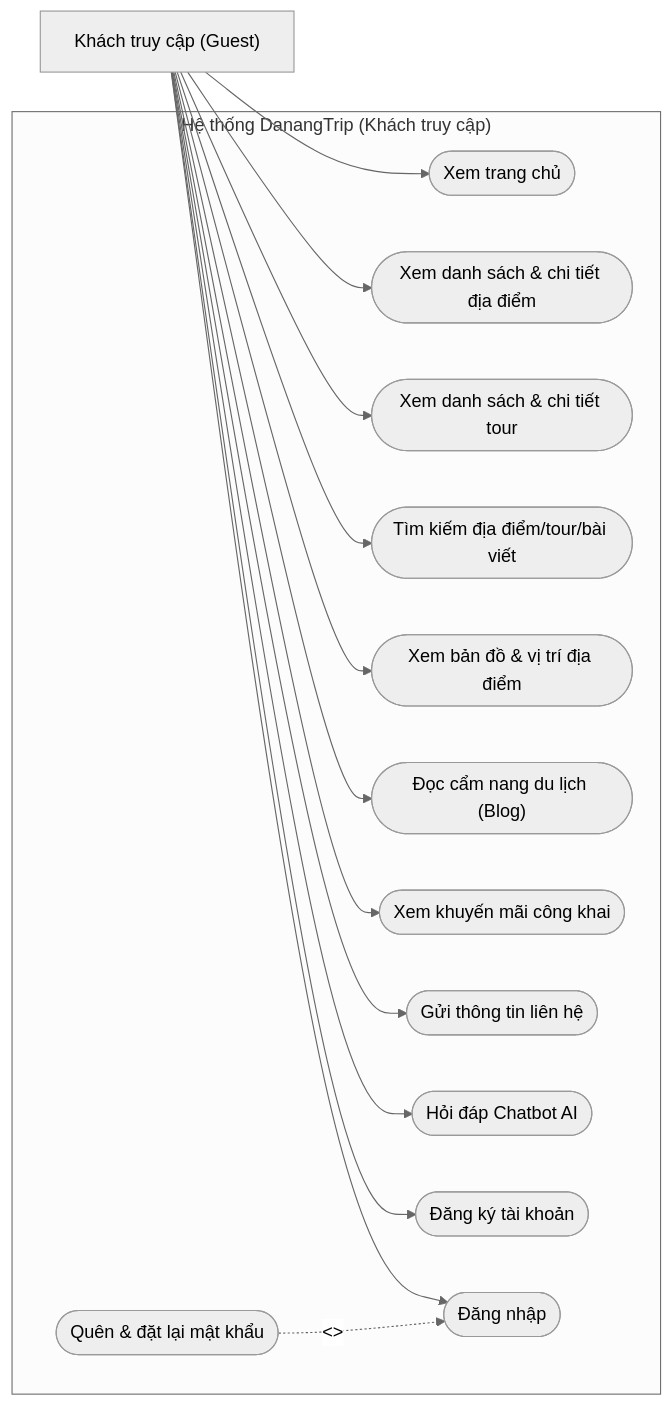
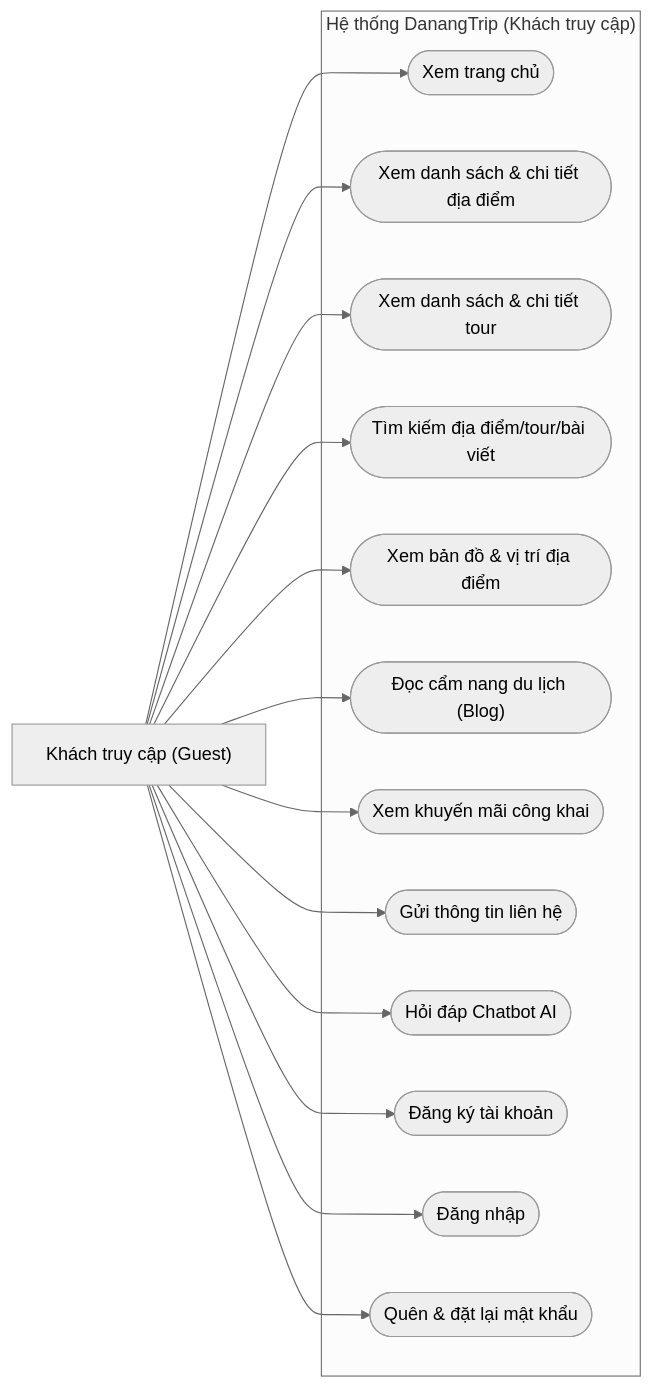
Before and after one commit to TayDuyNguyen/DATN_Document: the first of 10 diagrams in bao-cao-do-an-danangtrip-md/03_chuong_2_phan_tich_thiet_ke_he_thong.md, drawn with Mermaid (neutral theme). The commit also changed other lines of this file and 5 other files, not shown here.

````diff
--- a/bao-cao-do-an-danangtrip-md/03_chuong_2_phan_tich_thiet_ke_he_thong.md
+++ b/bao-cao-do-an-danangtrip-md/03_chuong_2_phan_tich_thiet_ke_he_thong.md
@@ -70,31 +70,30 @@
 ```mermaid
 flowchart LR
     subgraph HeThong ["Hệ thống DanangTrip (Khách truy cập)"]
         UC10(["Xem trang chủ"])
         UC11(["Xem danh sách & chi tiết địa điểm"])
         UC12(["Xem danh sách & chi tiết tour"])
         UC01(["Tìm kiếm địa điểm/tour/bài viết"])
         UC13(["Xem bản đồ & vị trí địa điểm"])
         UC14(["Đọc cẩm nang du lịch (Blog)"])
         UC15(["Xem khuyến mãi công khai"])
         UC16(["Gửi thông tin liên hệ"])
         UC02(["Hỏi đáp Chatbot AI"])
         UC03(["Đăng ký tài khoản"])
         UC04(["Đăng nhập"])
         UC17(["Quên & đặt lại mật khẩu"])
-
-        UC17 -.->|"<<include>>"| UC04
     end
 
     Guest["Khách truy cập (Guest)"] --> UC10
     Guest --> UC11
     Guest --> UC12
     Guest --> UC01
     Guest --> UC13
     Guest --> UC14
     Guest --> UC15
     Guest --> UC16
     Guest --> UC02
     Guest --> UC03
     Guest --> UC04
+    Guest --> UC17
 ```
````
